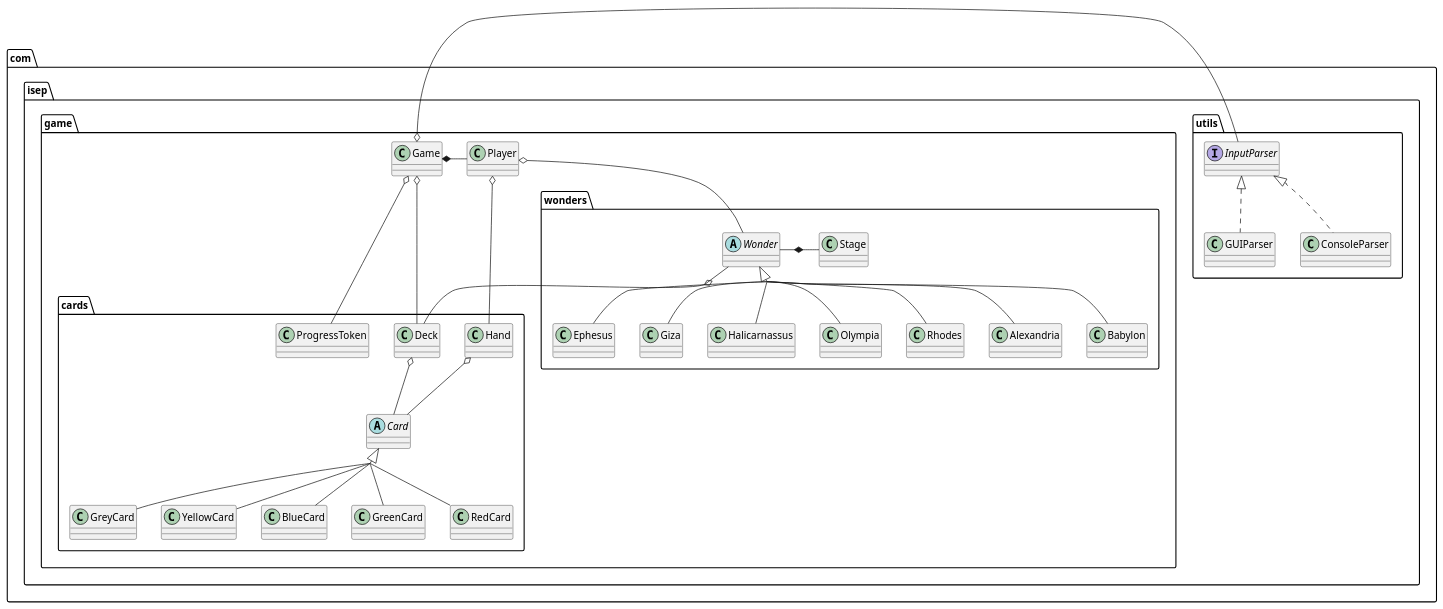
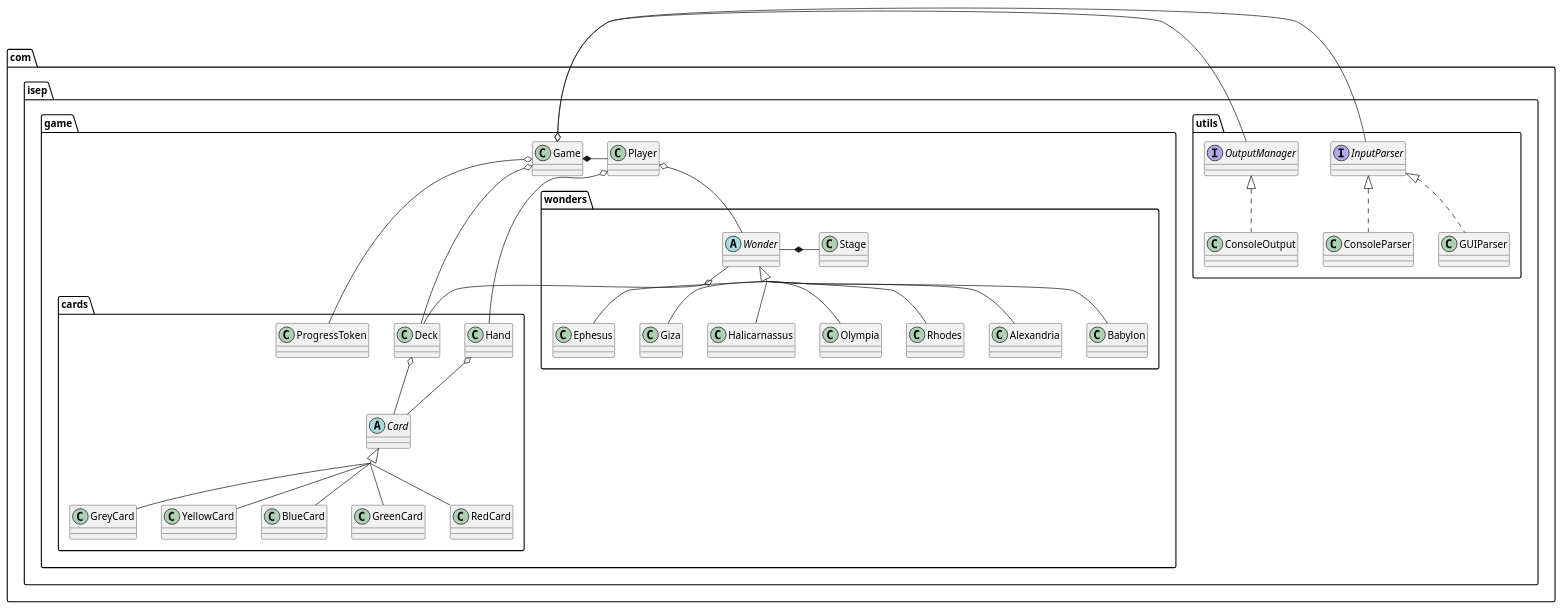
The diagram in src/main/resources/seven-wonders-architects.puml (quentin-laurent/A1-prog-seven-wonders-architects), drawn with PlantUML before and after one commit.

Commit message:
updated UML structure

```diff
--- a/src/main/resources/seven-wonders-architects.puml
+++ b/src/main/resources/seven-wonders-architects.puml
@@ -1,50 +1,53 @@
 @startuml
 skinparam groupInheritance 4
 
 package com.isep.utils {
 interface "InputParser"
 InputParser <|.. ConsoleParser
 InputParser <|.. GUIParser
+interface "OutputManager"
+OutputManager <|.. ConsoleOutput
 }
 
 package com.isep.game {
 class "Game"
 class "Player"
 
 package com.isep.game.cards {
 abstract class "Card"
 Card <|-- GreyCard
 Card <|-- YellowCard
 Card <|-- BlueCard
 Card <|-- GreenCard
 Card <|-- RedCard
 class "Deck"
 Deck o-- Card
 class "Hand"
 Hand o-- Card
 class "ProgressToken"
 }
 
 package com.isep.game.wonders {
 abstract class "Wonder"
 Wonder <|-- Alexandria
 Wonder <|-- Babylon
 Wonder <|-- Ephesus
 Wonder <|-- Giza
 Wonder <|-- Halicarnassus
 Wonder <|-- Olympia
 Wonder <|-- Rhodes
 Wonder o-- Deck
 class "Stage"
 Wonder *-right- Stage
 }
 
 Game o-left- InputParser
+Game o-left- OutputManager
 Game *-right- Player
 Game o-- ProgressToken
 Game o-- Deck
 Player o-- Wonder
 Player o-- Hand
 }
 
 @enduml
```
